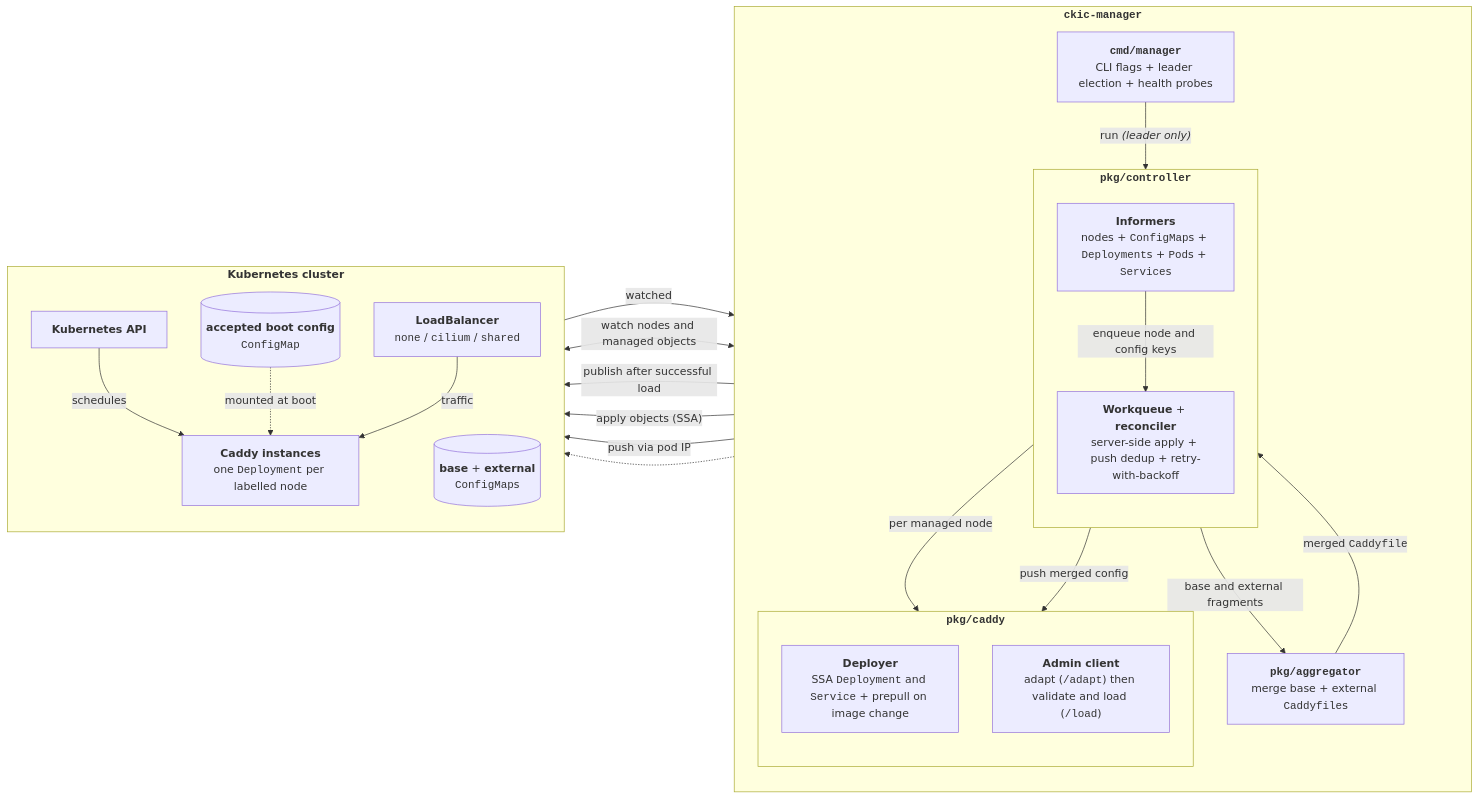
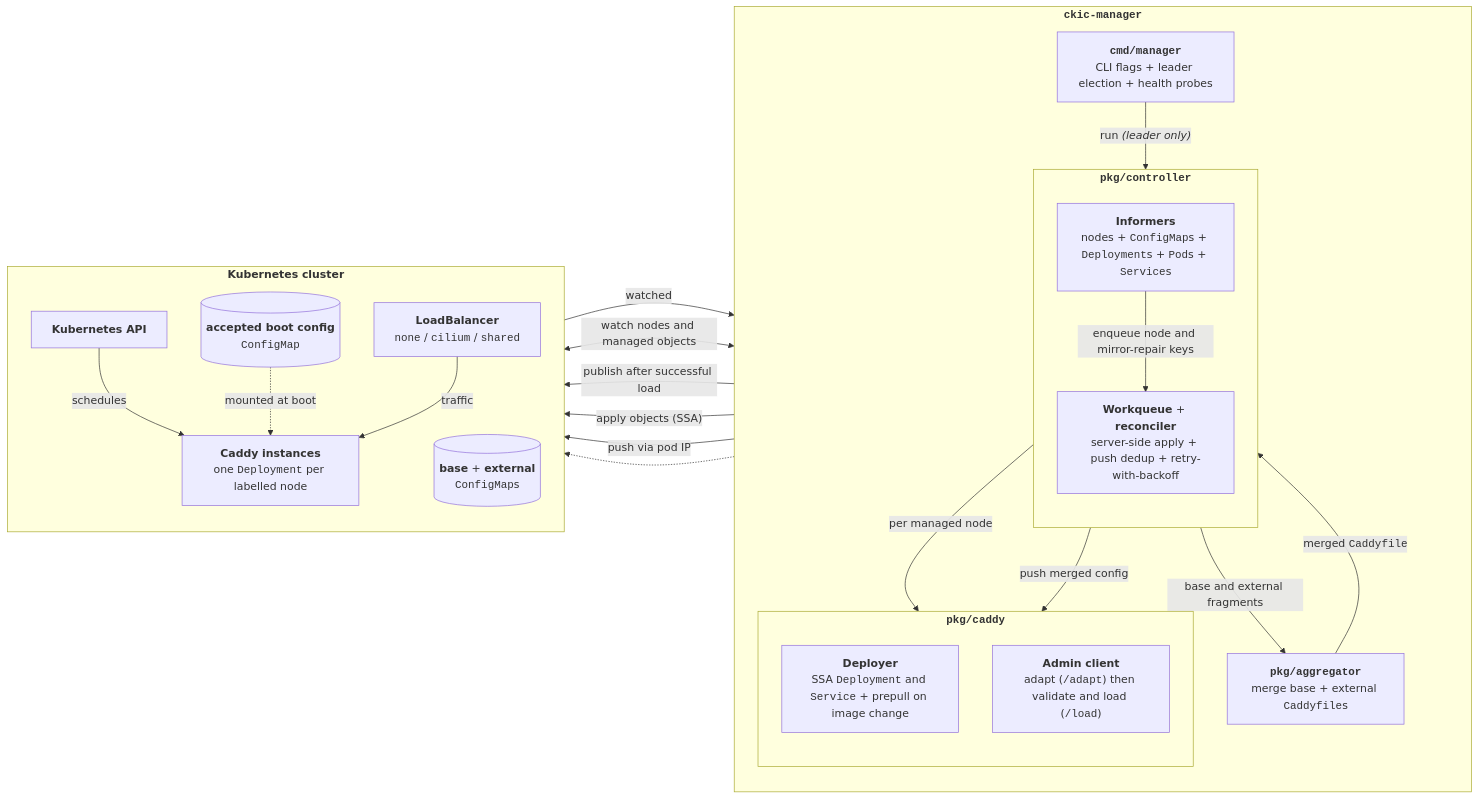
One commit to vapronva/ckic changed the diagram in README.md. Above: the diagram before and after it, drawn with Mermaid. The commit also changed 14 other files, not shown here.

Commit message:
fix: revision-guarded accepted snapshots + enqueue nodes on config change + collapse config validation; feat: drop bootstrap-default-config + allow cilium lb with hostnetwork; chore(deps): bump

````diff
--- a/README.md
+++ b/README.md
@@ -7,41 +7,41 @@
 ```mermaid
 flowchart LR
     subgraph Manager["<b><code>ckic-manager</code></b>"]
         direction TB
         Entry["<b><code>cmd/manager</code></b><br/>CLI flags + leader election + health probes"]
         subgraph Ctrl["<b><code>pkg/controller</code></b>"]
             direction TB
             Informers["<b>Informers</b><br/>nodes + <code>ConfigMap</code>s + <code>Deployment</code>s + <code>Pod</code>s + <code>Service</code>s"]
             Reconciler["<b>Workqueue</b> + <b>reconciler</b><br/>server-side apply + push dedup + retry-with-backoff"]
         end
         Aggregator["<b><code>pkg/aggregator</code></b><br/>merge base + external <code>Caddyfile</code>s"]
         subgraph CaddyPkg["<b><code>pkg/caddy</code></b>"]
             direction TB
             Deployer["<b>Deployer</b><br/>SSA <code>Deployment</code> and <code>Service</code> + prepull on image change"]
             Admin["<b>Admin client</b><br/>adapt (<code>/adapt</code>) then validate and load (<code>/load</code>)"]
         end
         Entry -->|"run <i>(leader only)</i>"| Reconciler
-        Informers -->|"enqueue node and config keys"| Reconciler
+        Informers -->|"enqueue node and mirror-repair keys"| Reconciler
         Informers -->|"base and external fragments"| Aggregator
         Aggregator -->|"merged <code>Caddyfile</code>"| Reconciler
         Reconciler -->|"per managed node"| Deployer
         Reconciler -->|"push merged config"| Admin
     end
     subgraph Cluster["<b>Kubernetes cluster</b>"]
         direction TB
         K8s["<b>Kubernetes API</b>"]
         ConfigMaps[("<b>base</b> + <b>external</b><br/><code>ConfigMap</code>s")]
         MirrorCM[("<b>accepted boot config</b><br/><code>ConfigMap</code>")]
         Instances["<b>Caddy instances</b><br/>one <code>Deployment</code> per labelled node"]
         LB["<b>LoadBalancer</b><br/><code>none</code> / <code>cilium</code> / <code>shared</code>"]
     end
     Informers <-->|"watch nodes and managed objects"| K8s
     ConfigMaps -->|"watched"| Informers
     Aggregator -->|"publish after successful load"| MirrorCM
     Deployer -->|"apply objects (SSA)"| K8s
     K8s -->|"schedules"| Instances
     MirrorCM -.->|"mounted at boot"| Instances
     Admin -->|"push via pod IP"| Instances
     Deployer -.-> LB
     LB -->|"traffic"| Instances
 ```
````
